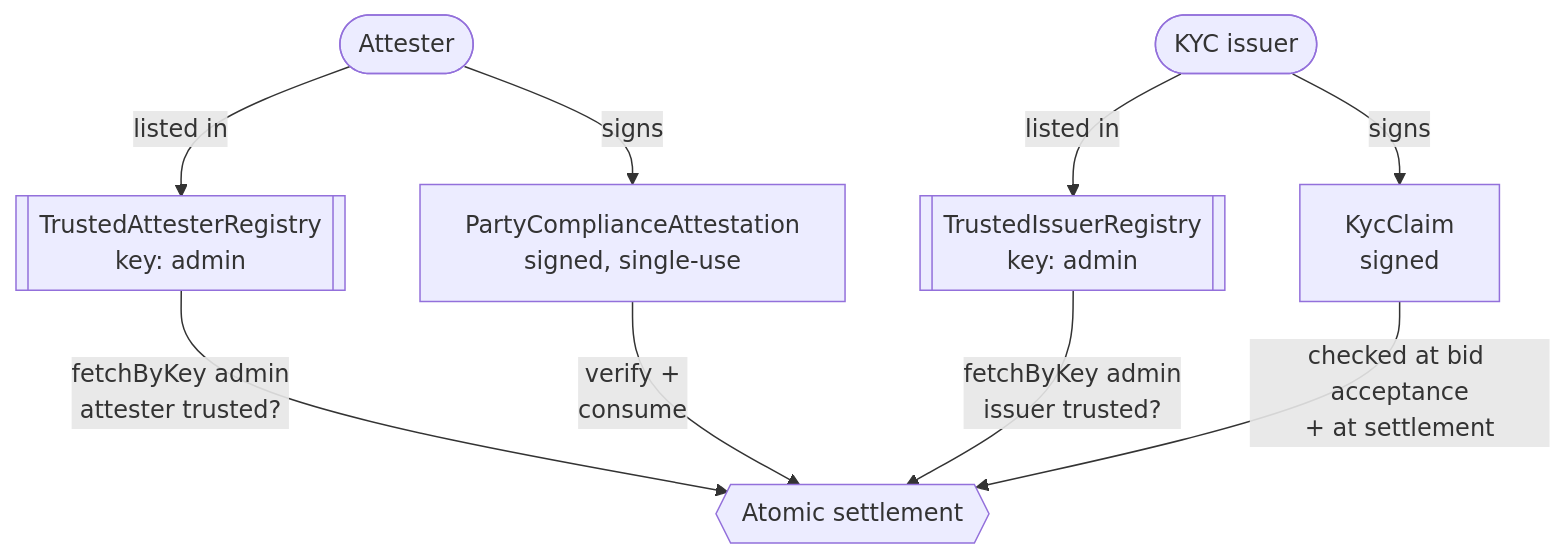
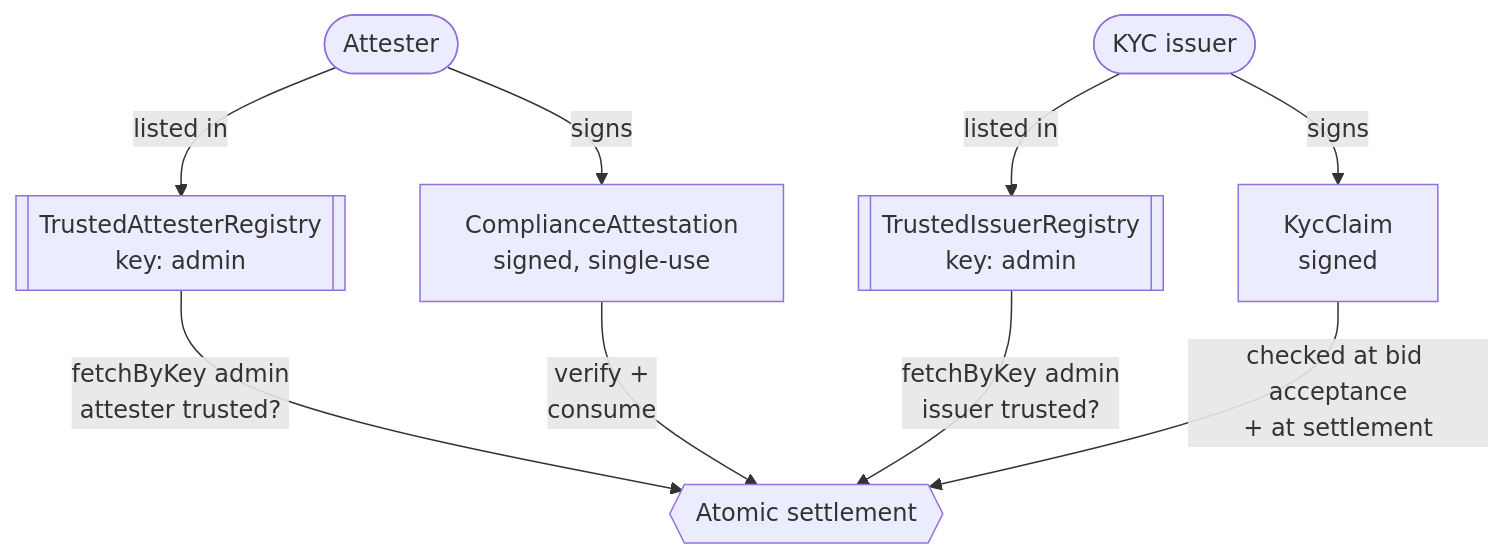
One commit to OpenZeppelin/canton-specs changed the second of 5 diagrams in docs/reference-architectures/confidential-auction.md. Above: the diagram before and after it, drawn with Mermaid. The commit also changed other lines of this file and 13 other files, not shown here.

````diff
--- a/docs/reference-architectures/confidential-auction.md
+++ b/docs/reference-architectures/confidential-auction.md
@@ -223,19 +223,19 @@
 ```mermaid
 flowchart TD
     Attester([Attester])
     KycIssuer([KYC issuer])
     AttReg[["TrustedAttesterRegistry<br/>key: admin"]]
     IssReg[["TrustedIssuerRegistry<br/>key: admin"]]
-    Attn["PartyComplianceAttestation<br/>signed, single-use"]
+    Attn["ComplianceAttestation<br/>signed, single-use"]
     Kyc["KycClaim<br/>signed"]
     Settle{{Atomic settlement}}
 
     Attester -->|"listed in"| AttReg
     KycIssuer -->|"listed in"| IssReg
     Attester -->|"signs"| Attn
     KycIssuer -->|"signs"| Kyc
     Kyc -->|"checked at bid acceptance<br/>+ at settlement"| Settle
     Attn -->|"verify +<br/>consume"| Settle
     AttReg -->|"fetchByKey admin<br/>attester trusted?"| Settle
     IssReg -->|"fetchByKey admin<br/>issuer trusted?"| Settle
 ```
````
